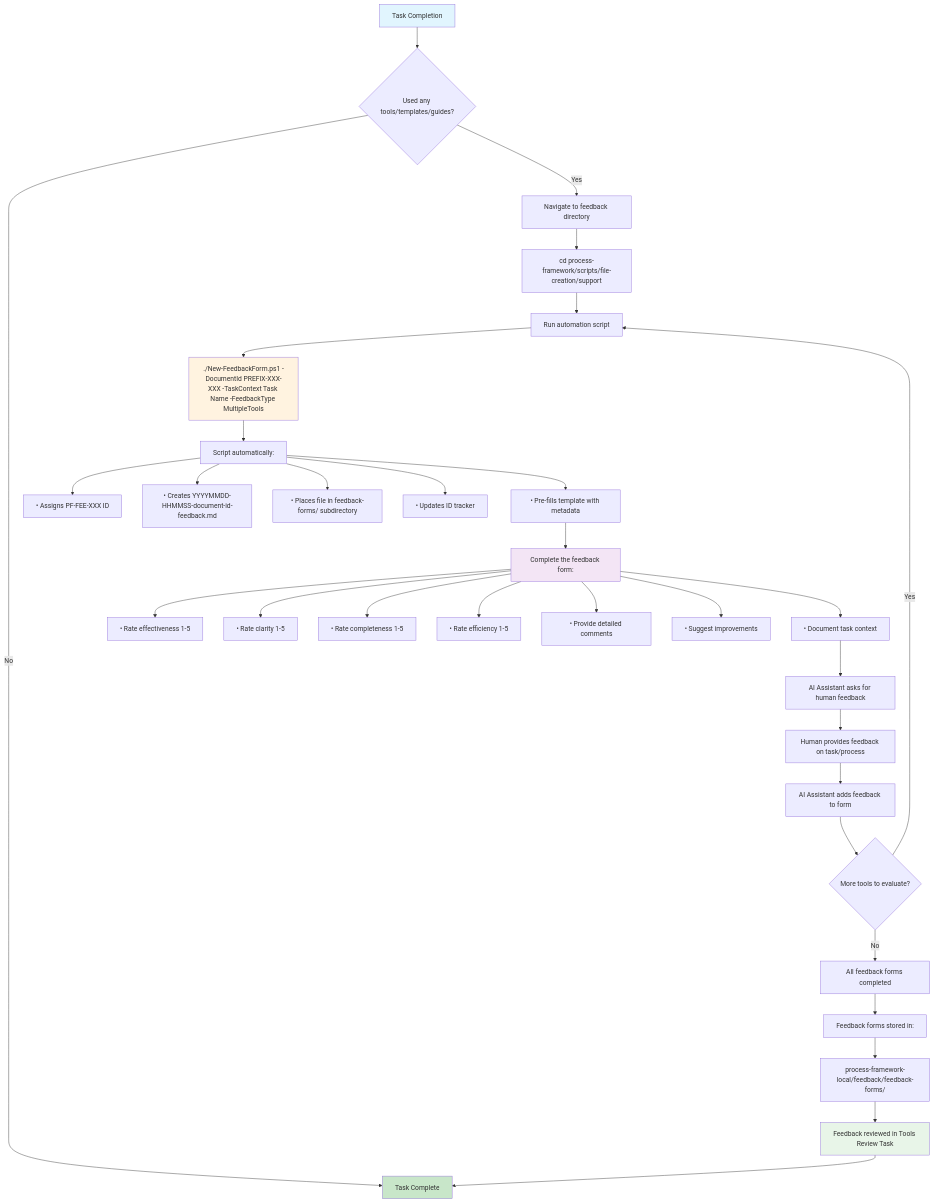
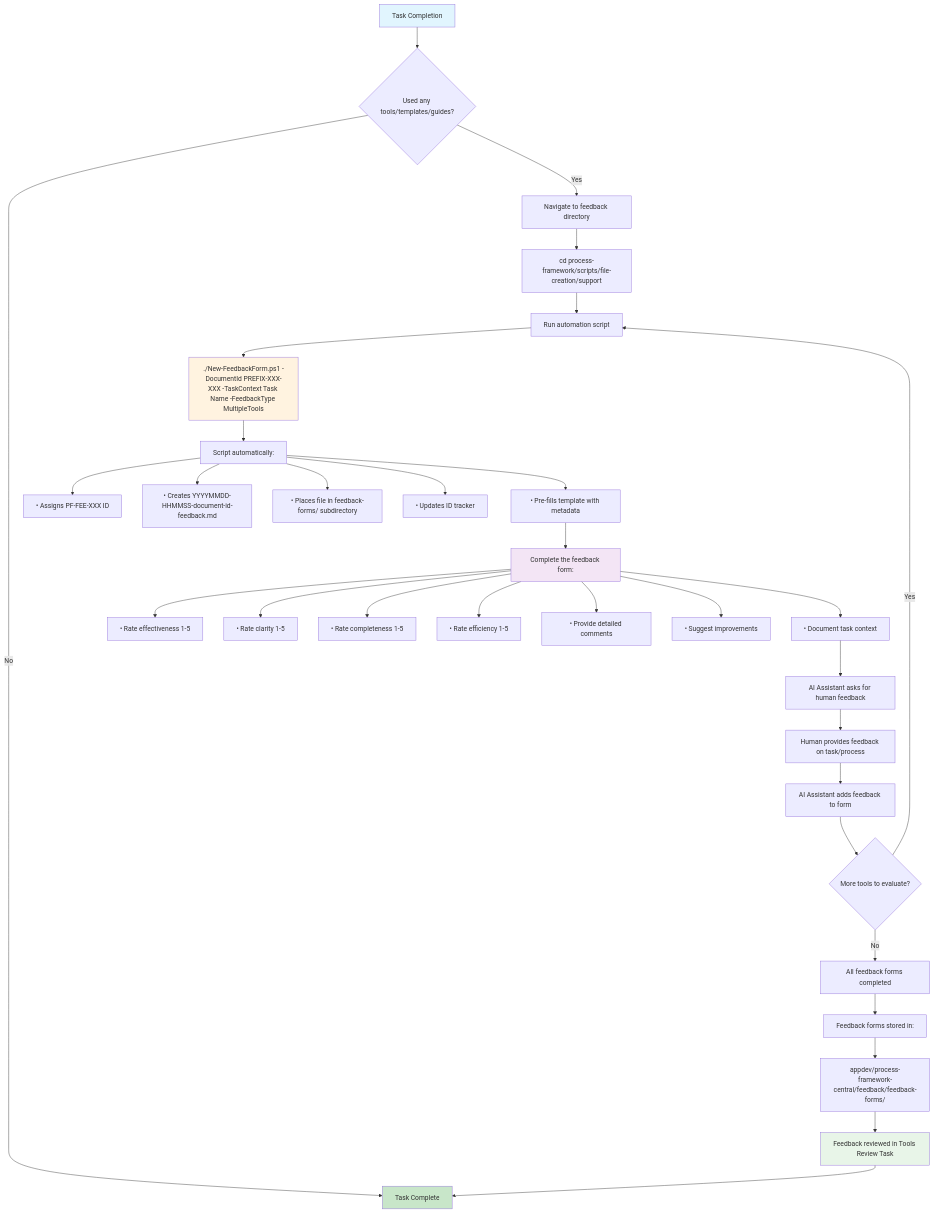
The diagram in process-framework/visualization/process-flows/feedback-process-flowchart.md (Abtomation/LinkWatcher), drawn with Mermaid before and after one commit. The commit also changed other lines of this file and 1774 other files, not shown here.

````diff
--- a/process-framework/visualization/process-flows/feedback-process-flowchart.md
+++ b/process-framework/visualization/process-flows/feedback-process-flowchart.md
@@ -17,45 +18,45 @@
 ```mermaid
 flowchart TD
     A[Task Completion] --> B{Used any tools/templates/guides?}
     B -->|No| Z[Task Complete]
     B -->|Yes| C[Navigate to feedback directory]
 
     C --> D[cd process-framework/scripts/file-creation/support]
     D --> E[Run automation script]
     E --> F[./New-FeedbackForm.ps1 -DocumentId PREFIX-XXX-XXX -TaskContext Task Name -FeedbackType MultipleTools]
 
     F --> G[Script automatically:]
     G --> H[• Assigns PF-FEE-XXX ID]
     G --> I[• Creates YYYYMMDD-HHMMSS-document-id-feedback.md]
     G --> J[• Places file in feedback-forms/ subdirectory]
     G --> K[• Updates ID tracker]
     G --> L[• Pre-fills template with metadata]
 
     L --> M[Complete the feedback form:]
     M --> N[• Rate effectiveness 1-5]
     M --> O[• Rate clarity 1-5]
     M --> P[• Rate completeness 1-5]
     M --> Q[• Rate efficiency 1-5]
     M --> R[• Provide detailed comments]
     M --> S[• Suggest improvements]
     M --> T[• Document task context]
 
     T --> T1[AI Assistant asks for human feedback]
     T1 --> T2[Human provides feedback on task/process]
     T2 --> T3[AI Assistant adds feedback to form]
 
     T3 --> U{More tools to evaluate?}
     U -->|Yes| E
     U -->|No| V[All feedback forms completed]
 
     V --> W[Feedback forms stored in:]
-    W --> X[process-framework-local/feedback/feedback-forms/]
+    W --> X[appdev/process-framework-central/feedback/feedback-forms/]
     X --> Y[Feedback reviewed in Tools Review Task]
     Y --> Z[Task Complete]
 
     style A fill:#e1f5fe
     style Z fill:#c8e6c9
     style F fill:#fff3e0
     style M fill:#f3e5f5
     style Y fill:#e8f5e8
 ```
````
